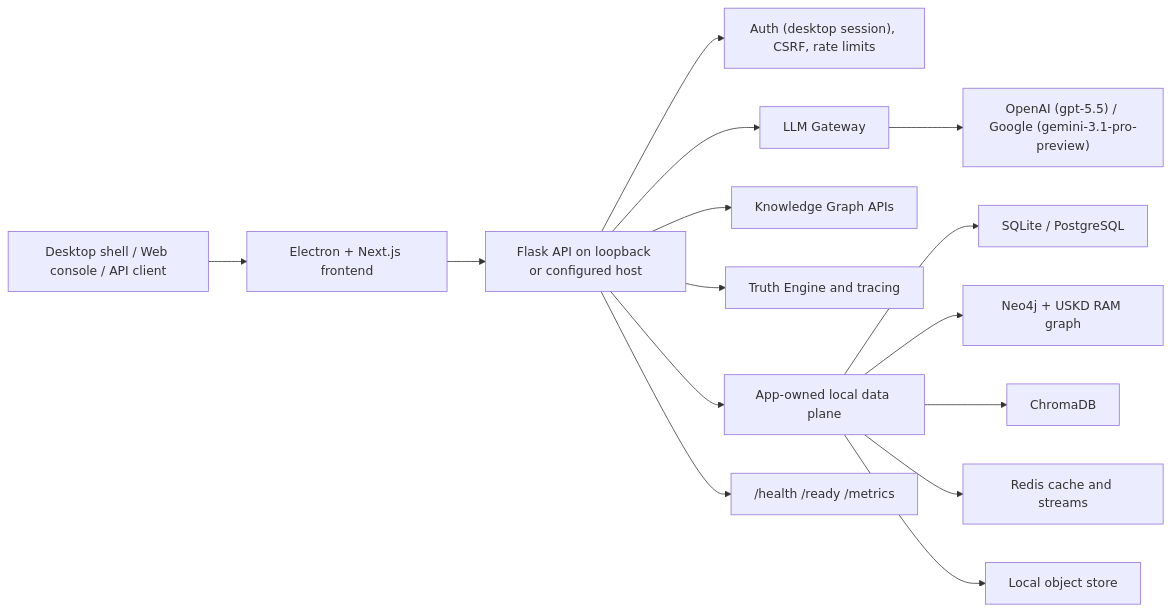
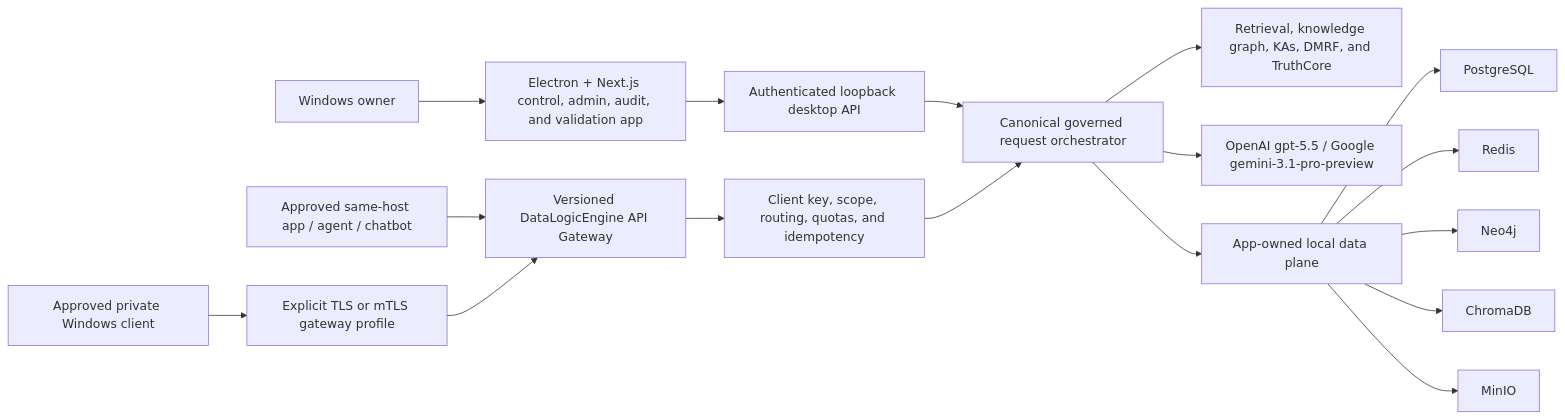
One commit to kherrera6219/DataLogicEngine changed the diagram in README.md. Above: the diagram before and after it, drawn with Mermaid. The commit also changed other lines of this file and 7 other files, not shown here.

````diff
--- a/README.md
+++ b/README.md
@@ -357,17 +371,19 @@
 ```mermaid
 flowchart LR
-  Client["Desktop shell / Web console / API client"] --> Frontend["Electron + Next.js frontend"]
-  Frontend --> API["Flask API on loopback or configured host"]
-  API --> Auth["Auth (desktop session), CSRF, rate limits"]
-  API --> Gateway["LLM Gateway"]
-  API --> Graph["Knowledge Graph APIs"]
-  API --> Truth["Truth Engine and tracing"]
-  Gateway --> Providers["OpenAI (gpt-5.5) / Google (gemini-3.1-pro-preview)"]
-  API --> Stores["App-owned local data plane"]
-  Stores --> SQL["SQLite / PostgreSQL"]
-  Stores --> Neo4j["Neo4j + USKD RAM graph"]
-  Stores --> Vector["ChromaDB"]
-  Stores --> Redis["Redis cache and streams"]
-  Stores --> ObjectStore["Local object store"]
-  API --> Metrics["/health /ready /metrics"]
+  Owner["Windows owner"] --> Frontend["Electron + Next.js control, admin, audit, and validation app"]
+  Frontend --> DesktopAPI["Authenticated loopback desktop API"]
+  SameHost["Approved same-host app / agent / chatbot"] --> Gateway["Versioned DataLogicEngine API Gateway"]
+  PrivateClient["Approved private Windows client"] --> PrivateListener["Explicit TLS or mTLS gateway profile"]
+  PrivateListener --> Gateway
+  Gateway --> ClientPolicy["Client key, scope, routing, quotas, and idempotency"]
+  DesktopAPI --> Governed["Canonical governed request orchestrator"]
+  ClientPolicy --> Governed
+  Governed --> Graph["Retrieval, knowledge graph, KAs, DMRF, and TruthCore"]
+  Governed --> Providers["OpenAI gpt-5.5 / Google gemini-3.1-pro-preview"]
+  Governed --> Stores["App-owned local data plane"]
+  Stores --> PostgreSQL["PostgreSQL"]
+  Stores --> Redis["Redis"]
+  Stores --> Neo4j["Neo4j"]
+  Stores --> Chroma["ChromaDB"]
+  Stores --> MinIO["MinIO"]
 ```
````
